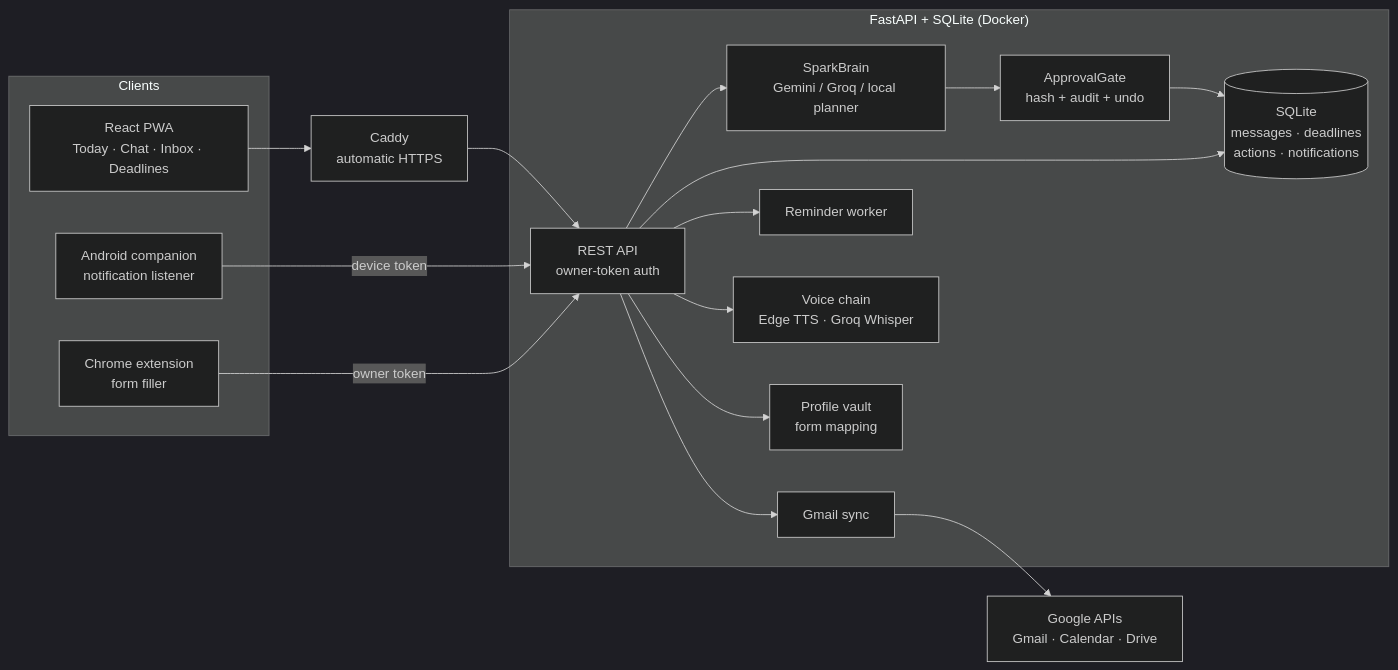
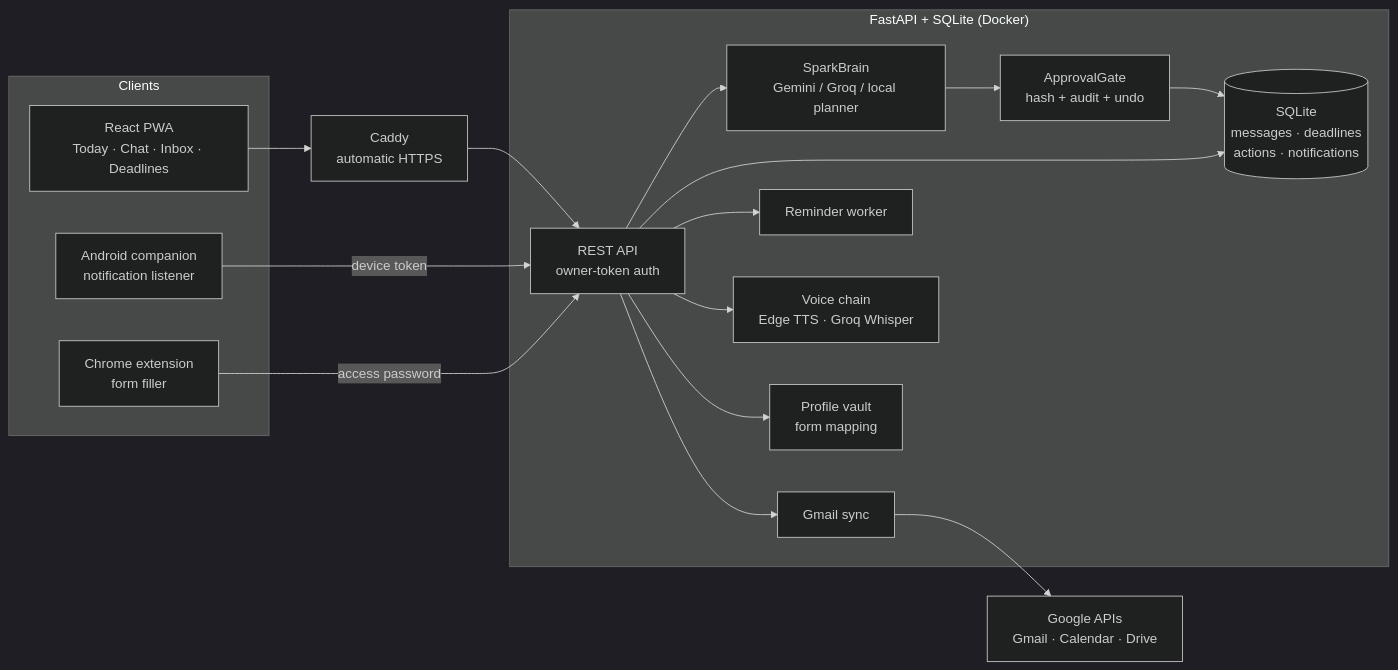
One commit to KHarinadhReddy/Spark changed the diagram in README.md. Above: the diagram before and after it, drawn with Mermaid (dark theme). The commit also changed other lines of this file and 6 other files, not shown here.

Commit message:
Add access-password unlock and companion download

````diff
--- a/README.md
+++ b/README.md
@@ -41,34 +41,34 @@
 ```mermaid
 flowchart LR
   subgraph Clients
     WEB["React PWA<br/>Today · Chat · Inbox · Deadlines"]
     AND["Android companion<br/>notification listener"]
     EXT["Chrome extension<br/>form filler"]
   end
 
   subgraph Server["FastAPI + SQLite (Docker)"]
     API["REST API<br/>owner-token auth"]
     BRAIN["SparkBrain<br/>Gemini / Groq / local planner"]
     GATE["ApprovalGate<br/>hash + audit + undo"]
     STORE[("SQLite<br/>messages · deadlines<br/>actions · notifications")]
     SYNC["Gmail sync"]
     REM["Reminder worker"]
     VOICE["Voice chain<br/>Edge TTS · Groq Whisper"]
     FORMS["Profile vault<br/>form mapping"]
   end
 
   GOOGLE["Google APIs<br/>Gmail · Calendar · Drive"]
   CADDY["Caddy<br/>automatic HTTPS"]
 
   WEB --> CADDY --> API
   AND -- "device token" --> API
-  EXT -- "owner token" --> API
+  EXT -- "access password" --> API
   API --> BRAIN
   BRAIN --> GATE
   GATE --> STORE
   API --> STORE
   API --> SYNC --> GOOGLE
   API --> REM
   API --> VOICE
   API --> FORMS
 ```
````
